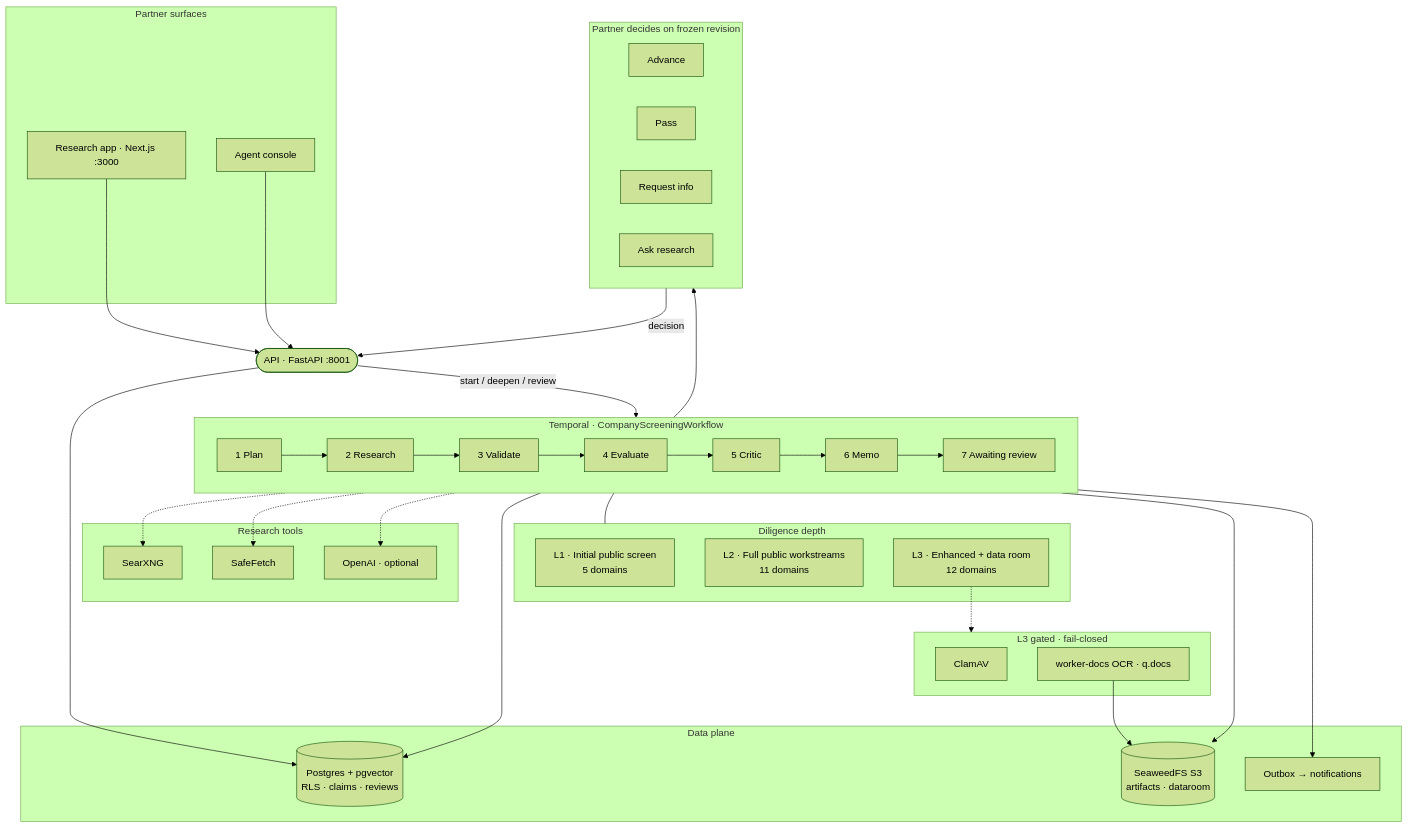
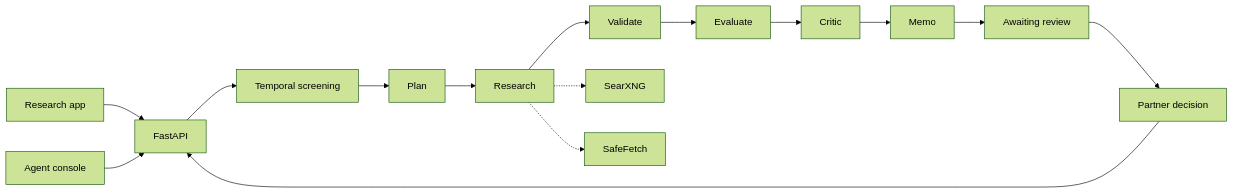
The diagram in README.md (jmpumuro/vc-due-diligence-agent), drawn with Mermaid (forest theme) before and after one commit.

Commit message:
Fix README Mermaid so GitHub can render the architecture flow.

````diff
--- a/README.md
+++ b/README.md
@@ -37,65 +37,17 @@
 ```mermaid
-flowchart TB
-  subgraph Partners["Partner surfaces"]
-    UI["Research app · Next.js :3000"]
-    CON["Agent console"]
-  end
-
-  API(["API · FastAPI :8001"])
-  UI --> API
-  CON --> API
-
-  subgraph Spine["Temporal · CompanyScreeningWorkflow"]
-    direction LR
-    P["1 Plan"] --> R["2 Research"]
-    R --> V["3 Validate"]
-    V --> E["4 Evaluate"]
-    E --> C["5 Critic"]
-    C --> M["6 Memo"]
-    M --> A["7 Awaiting review"]
-  end
-
-  API -->|start / deepen / review| Spine
-
-  subgraph Tools["Research tools"]
-    SX[SearXNG]
-    SF[SafeFetch]
-    LLM["OpenAI · optional"]
-  end
-  R -.-> SX
-  R -.-> SF
-  M -.-> LLM
-
-  subgraph Levels["Diligence depth"]
-    L1["L1 · Initial public screen<br/>5 domains"]
-    L2["L2 · Full public workstreams<br/>11 domains"]
-    L3["L3 · Enhanced + data room<br/>12 domains"]
-  end
-  Spine --- Levels
-
-  subgraph Data["Data plane"]
-    PG[("Postgres + pgvector<br/>RLS · claims · reviews")]
-    S3[("SeaweedFS S3<br/>artifacts · dataroom")]
-    OB["Outbox → notifications"]
-  end
-  API --> PG
-  Spine --> PG
-  Spine --> S3
-  Spine --> OB
-
-  subgraph Gated["L3 gated · fail-closed"]
-    CL[ClamAV]
-    OCR["worker-docs OCR · q.docs"]
-  end
-  L3 -.-> Gated
-  OCR --> S3
-
-  subgraph Decide["Partner decides on frozen revision"]
-    D1["Advance"]
-    D2["Pass"]
-    D3["Request info"]
-    D4["Ask research"]
-  end
-  A --> Decide
-  Decide -->|decision| API
+flowchart LR
+  UI[Research app] --> API[FastAPI]
+  CON[Agent console] --> API
+  API --> T[Temporal screening]
+  T --> P[Plan]
+  P --> R[Research]
+  R --> V[Validate]
+  V --> E[Evaluate]
+  E --> C[Critic]
+  C --> M[Memo]
+  M --> A[Awaiting review]
+  R -.-> SX[SearXNG]
+  R -.-> SF[SafeFetch]
+  A --> D[Partner decision]
+  D --> API
 ```
````
